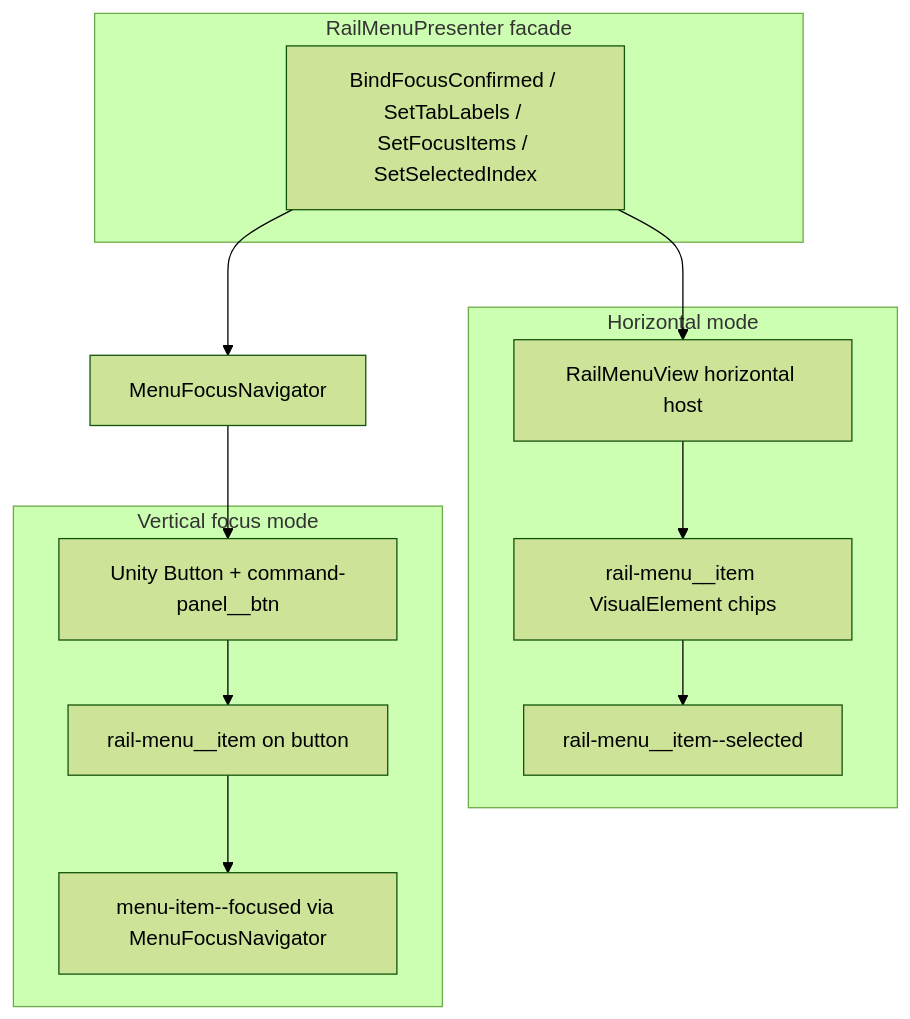
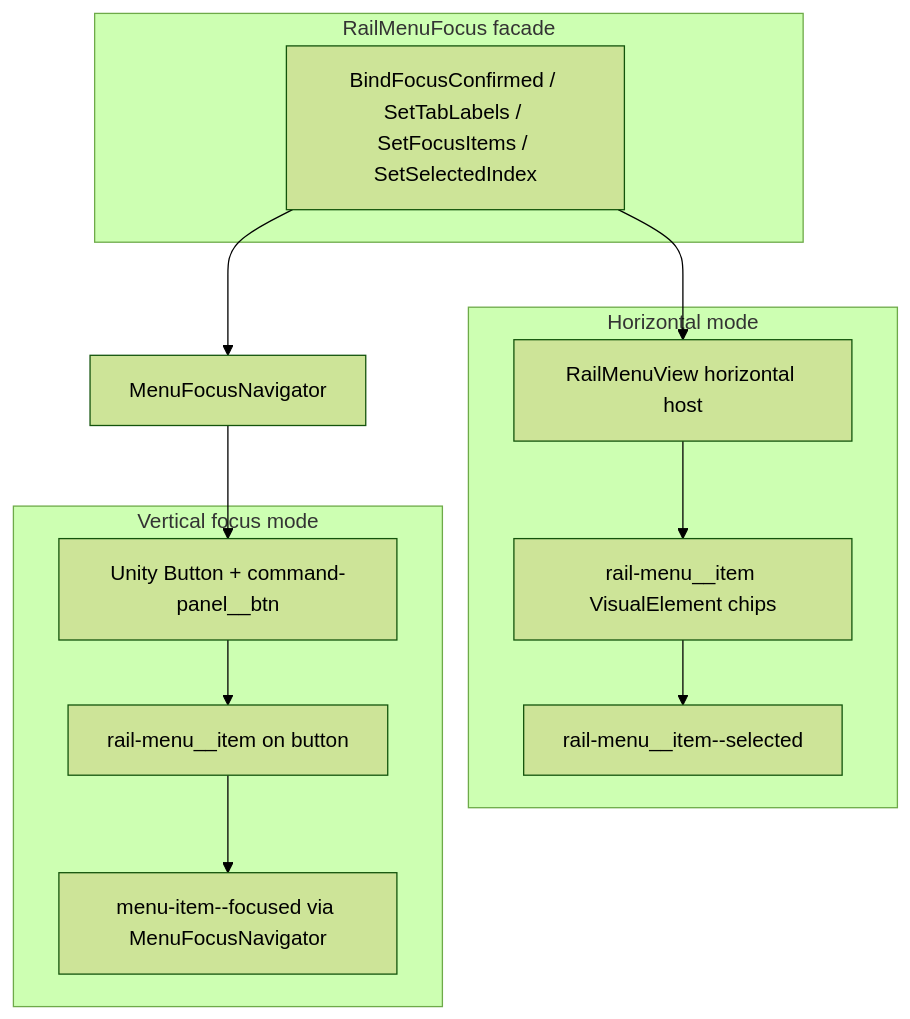
Before and after one commit to miramocha/griddungeon-design-docs: the second of 7 diagrams in docs/04-dev/shared-menu-picker-ui.md, drawn with Mermaid (forest theme). The commit also changed other lines of this file and 15 other files, not shown here.

First line of the commit message:
Document RailMenuFocus and DungeonSceneHost (#413).

````diff
--- a/docs/04-dev/shared-menu-picker-ui.md
+++ b/docs/04-dev/shared-menu-picker-ui.md
@@ -137,24 +137,24 @@
 ```mermaid
 flowchart TB
-  subgraph presenter [RailMenuPresenter facade]
+  subgraph presenter [RailMenuFocus facade]
     API[BindFocusConfirmed / SetTabLabels / SetFocusItems / SetSelectedIndex]
   end
 
   subgraph horizontal [Horizontal mode]
   HRM[RailMenuView horizontal host]
   CHIPS[rail-menu__item VisualElement chips]
   SEL[rail-menu__item--selected]
   HRM --> CHIPS --> SEL
   end
 
   subgraph vertical [Vertical focus mode]
   BTN[Unity Button + command-panel__btn]
   CHIP[rail-menu__item on button]
   FOC[menu-item--focused via MenuFocusNavigator]
   BTN --> CHIP --> FOC
   end
 
   API --> HRM
   API --> MFN2[MenuFocusNavigator]
   MFN2 --> BTN
 ```
````
